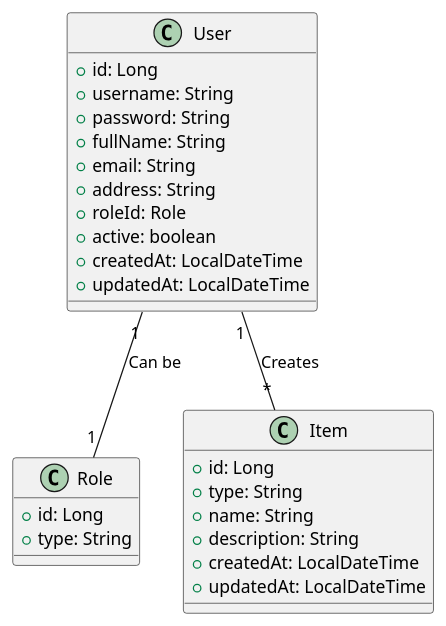
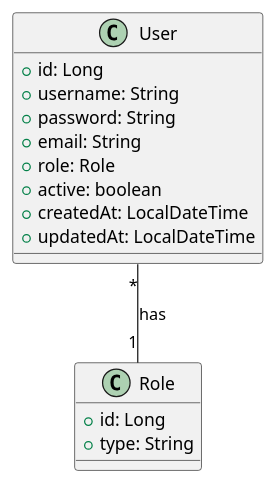
The diagram in potion/src/main/resources/templates/Desing.puml (AnemonaShin/azurian-test-potion-management), drawn with PlantUML before and after one commit. The commit also changed 58 other files, not shown here.

```diff
--- a/potion/src/main/resources/templates/Desing.puml
+++ b/potion/src/main/resources/templates/Desing.puml
@@ -1,33 +1,21 @@
 @startuml Potion Management Design
 
 class User{
     +id: Long
     +username: String
     +password: String
-    +fullName: String
     +email: String
-    +address: String
-    +roleId: Role
+    +role: Role
     +active: boolean
     +createdAt: LocalDateTime
     +updatedAt: LocalDateTime
 }
 
 class Role {
     +id: Long
     +type: String
 }
 
-class Item{
-    +id: Long
-    +type: String
-    +name: String
-    +description: String
-    +createdAt: LocalDateTime
-    +updatedAt: LocalDateTime
-}
-User "1" -- "1" Role: Can be
-
-User "1" -- "*" Item : Creates
+User "*" -- "1" Role : has
 
 @enduml
```
